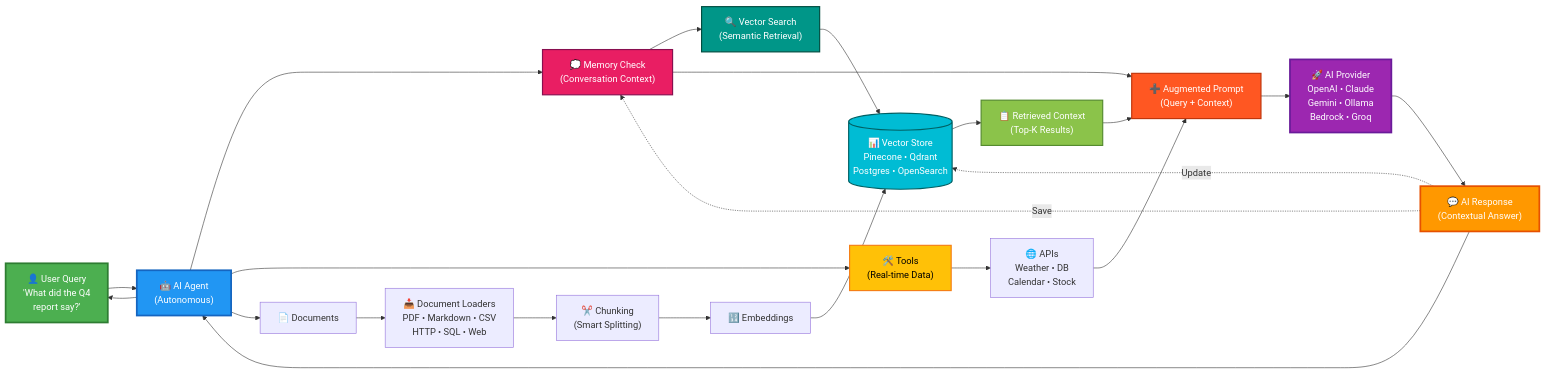
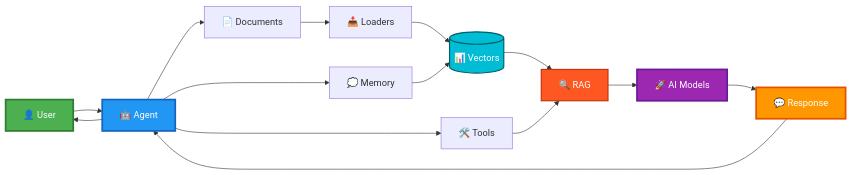
One commit to ortus-boxlang/bx-ai-docs changed the diagram in README.md. Above: the diagram before and after it, drawn with Mermaid. The commit also changed 5 other files, not shown here.

````diff
--- a/README.md
+++ b/README.md
@@ -16,46 +16,27 @@
 ```mermaid
 graph LR
-    User["👤 User Query<br/>'What did the Q4<br/>report say?'"]
+    User["👤 User"] --> Agent["🤖 Agent"]
 
-    User --> Agent["🤖 AI Agent<br/>(Autonomous)"]
+    Agent --> Memory["💭 Memory"]
+    Agent --> Tools["🛠️ Tools"]
+    Agent --> Docs["📄 Documents"]
 
-    Agent --> Memory["💭 Memory Check<br/>(Conversation Context)"]
-    Memory --> VectorSearch["🔍 Vector Search<br/>(Semantic Retrieval)"]
+    Docs --> Loaders["📥 Loaders"]
+    Loaders --> VectorDB[("📊 Vectors")]
 
-    VectorSearch --> VectorDB[("📊 Vector Store<br/>Pinecone • Qdrant<br/>Postgres • OpenSearch")]
+    Memory --> VectorDB
+    VectorDB --> RAG["🔍 RAG"]
+    Tools --> RAG
 
-    Agent --> Tools["🛠️ Tools<br/>(Real-time Data)"]
-    Tools --> API["🌐 APIs<br/>Weather • DB<br/>Calendar • Stock"]
-
-    Agent --> Docs["📄 Documents"]
-    Docs --> Loaders["📥 Document Loaders<br/>PDF • Markdown • CSV<br/>HTTP • SQL • Web"]
-    Loaders --> Chunks["✂️ Chunking<br/>(Smart Splitting)"]
-    Chunks --> Embed["🔢 Embeddings"]
-    Embed --> VectorDB
-
-    VectorDB --> Context["📋 Retrieved Context<br/>(Top-K Results)"]
-    Context --> Augment["➕ Augmented Prompt<br/>(Query + Context)"]
-
-    Memory --> Augment
-    API --> Augment
-
-    Augment --> Provider["🚀 AI Provider<br/>OpenAI • Claude<br/>Gemini • Ollama<br/>Bedrock • Groq"]
-
-    Provider --> Response["💬 AI Response<br/>(Contextual Answer)"]
+    RAG --> AI["🚀 AI Models"]
+    AI --> Response["💬 Response"]
     Response --> Agent
     Agent --> User
 
-    Response -.->|Save| Memory
-    Response -.->|Update| VectorDB
-
     style User fill:#4CAF50,stroke:#2E7D32,stroke-width:3px,color:#fff
     style Agent fill:#2196F3,stroke:#1565C0,stroke-width:3px,color:#fff
-    style Provider fill:#9C27B0,stroke:#6A1B9A,stroke-width:3px,color:#fff
+    style AI fill:#9C27B0,stroke:#6A1B9A,stroke-width:3px,color:#fff
     style Response fill:#FF9800,stroke:#E65100,stroke-width:3px,color:#fff
     style VectorDB fill:#00BCD4,stroke:#006064,stroke-width:2px,color:#fff
-    style Memory fill:#E91E63,stroke:#880E4F,stroke-width:2px,color:#fff
-    style Tools fill:#FFC107,stroke:#F57F17,stroke-width:2px,color:#000
-    style VectorSearch fill:#009688,stroke:#004D40,stroke-width:2px,color:#fff
-    style Context fill:#8BC34A,stroke:#558B2F,stroke-width:2px,color:#fff
-    style Augment fill:#FF5722,stroke:#BF360C,stroke-width:2px,color:#fff
+    style RAG fill:#FF5722,stroke:#BF360C,stroke-width:2px,color:#fff
 ```
````
